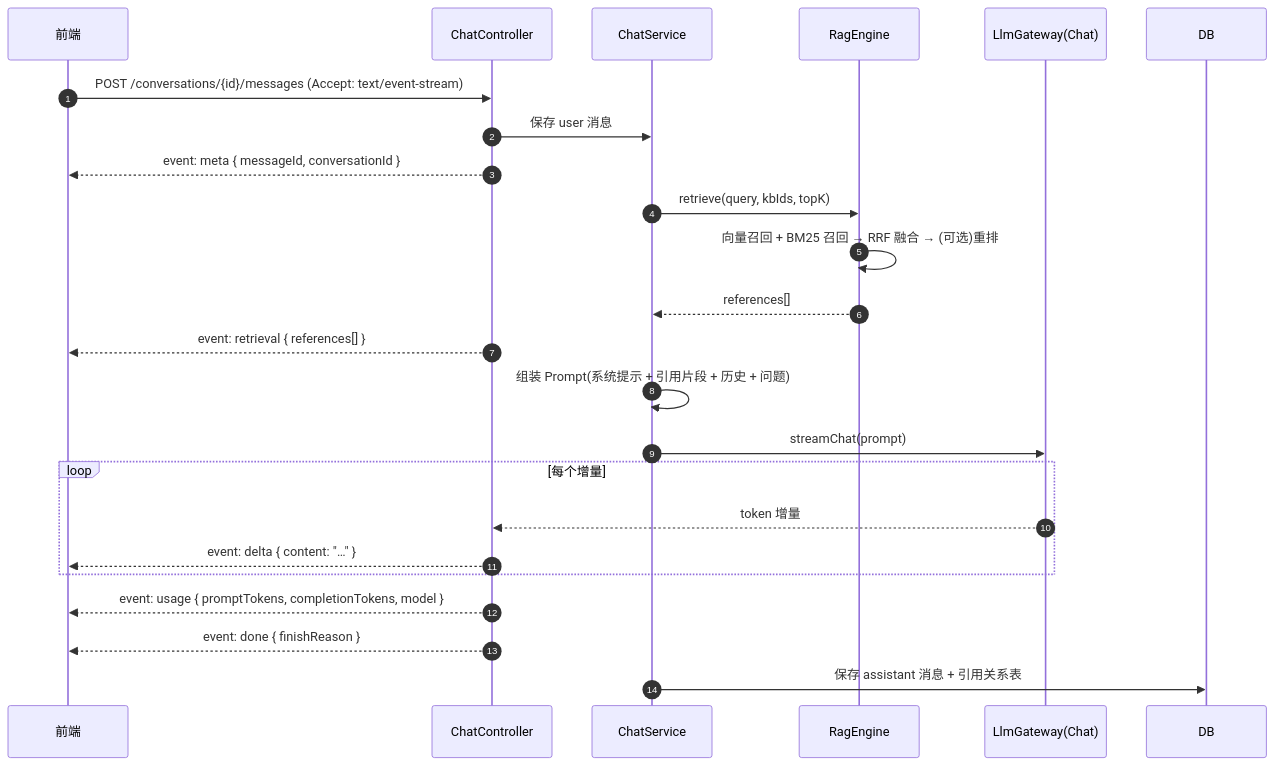
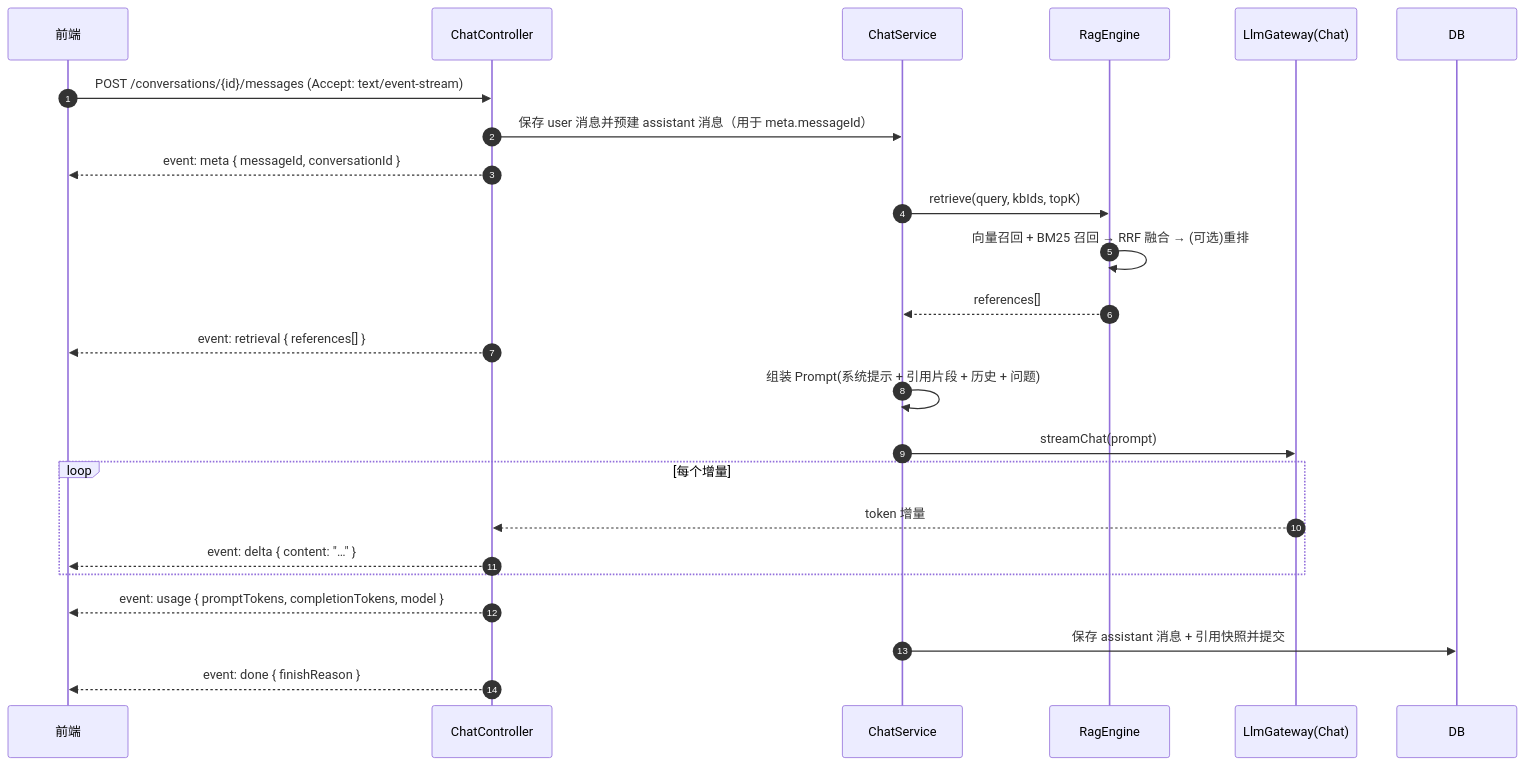
The third of 5 diagrams in doc/02-技术架构设计.md (CBT-keep/WenQu), drawn with Mermaid before and after one commit. The commit also changed other lines of this file and 30 other files, not shown here.

````diff
--- a/doc/02-技术架构设计.md
+++ b/doc/02-技术架构设计.md
@@ -206,29 +207,28 @@
 ```mermaid
 sequenceDiagram
   autonumber
   participant U as 前端
   participant C as ChatController
   participant S as ChatService
   participant R as RagEngine
   participant E as LlmGateway(Chat)
 
   U->>C: POST /conversations/{id}/messages (Accept: text/event-stream)
-  C->>S: 保存 user 消息
+  C->>S: 保存 user 消息并预建 assistant 消息（用于 meta.messageId）
   C-->>U: event: meta { messageId, conversationId }
 
   S->>R: retrieve(query, kbIds, topK)
   R->>R: 向量召回 + BM25 召回 → RRF 融合 → (可选)重排
   R-->>S: references[]
   C-->>U: event: retrieval { references[] }
 
   S->>S: 组装 Prompt(系统提示 + 引用片段 + 历史 + 问题)
   S->>E: streamChat(prompt)
   loop 每个增量
     E-->>C: token 增量
     C-->>U: event: delta { content: "…" }
   end
   C-->>U: event: usage { promptTokens, completionTokens, model }
+  S->>DB: 保存 assistant 消息 + 引用快照并提交
   C-->>U: event: done { finishReason }
-
-  S->>DB: 保存 assistant 消息 + 引用关系表
 ```
````
